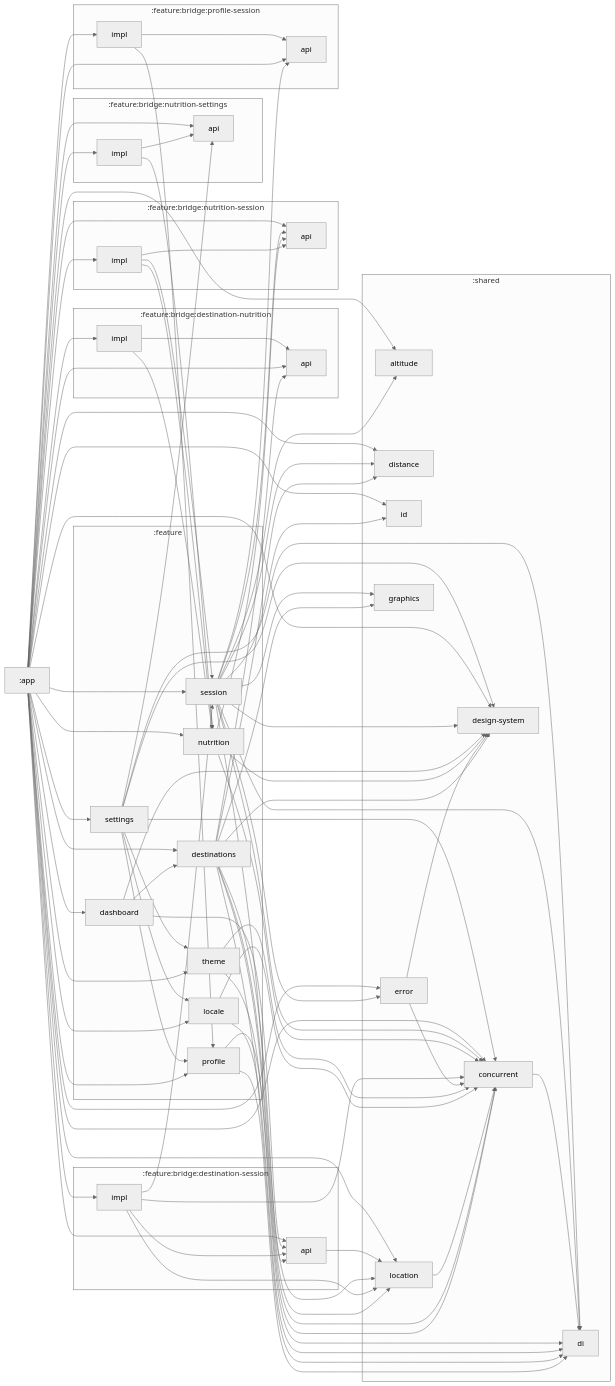
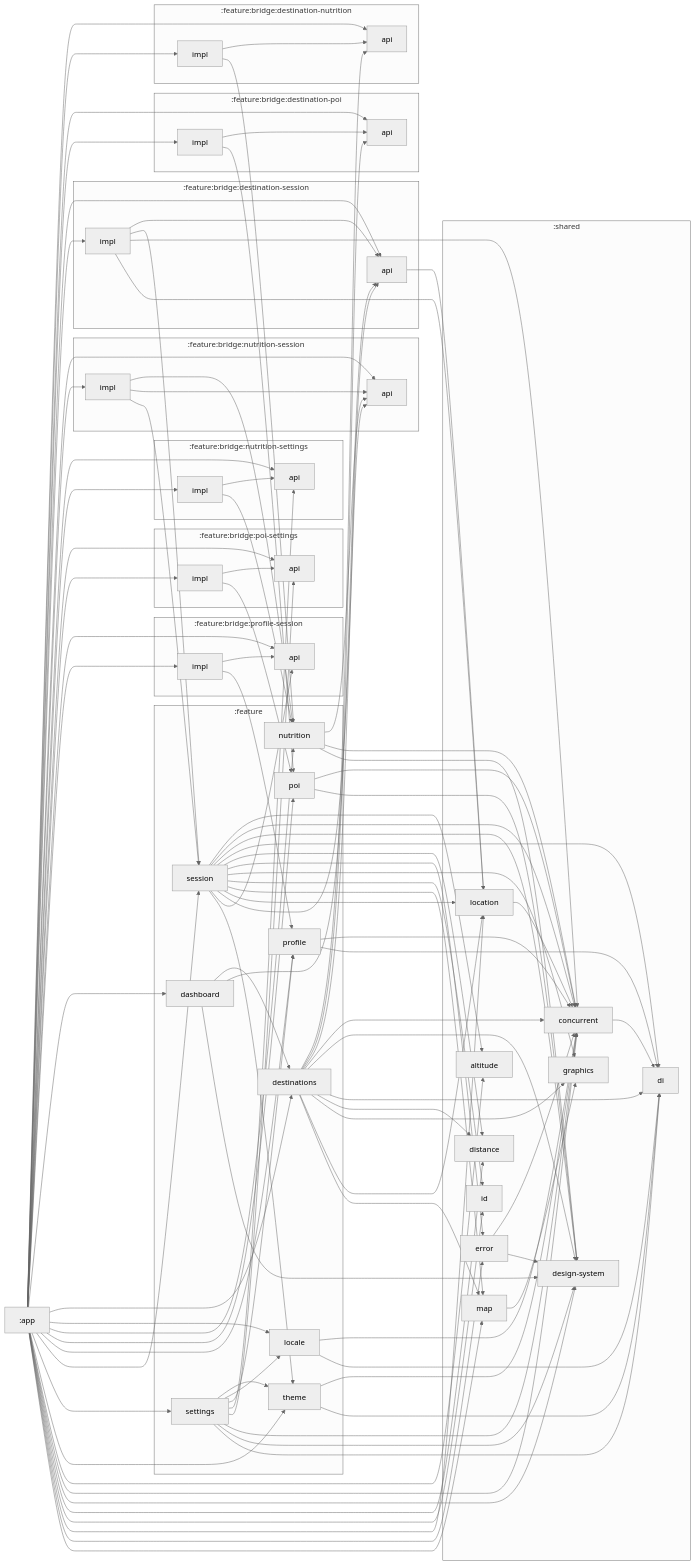
The diagram in docs/MODULE_GRAPH.md (koflox/cycling-assistant), drawn with Mermaid before and after one commit.

Commit message:
docs: update module dependency graph

````diff
--- a/docs/MODULE_GRAPH.md
+++ b/docs/MODULE_GRAPH.md
@@ -11,6 +11,7 @@
   subgraph :feature
     :feature:nutrition["nutrition"]
     :feature:profile["profile"]
+    :feature:poi["poi"]
     :feature:settings["settings"]
     :feature:theme["theme"]
     :feature:locale["locale"]
@@ -21,6 +22,10 @@
   subgraph :feature:bridge:destination-nutrition
     :feature:bridge:destination-nutrition:impl["impl"]
     :feature:bridge:destination-nutrition:api["api"]
+  end
+  subgraph :feature:bridge:destination-poi
+    :feature:bridge:destination-poi:impl["impl"]
+    :feature:bridge:destination-poi:api["api"]
   end
   subgraph :feature:bridge:destination-session
     :feature:bridge:destination-session:api["api"]
@@ -33,6 +38,10 @@
   subgraph :feature:bridge:nutrition-settings
     :feature:bridge:nutrition-settings:api["api"]
     :feature:bridge:nutrition-settings:impl["impl"]
+  end
+  subgraph :feature:bridge:poi-settings
+    :feature:bridge:poi-settings:api["api"]
+    :feature:bridge:poi-settings:impl["impl"]
   end
   subgraph :feature:bridge:profile-session
     :feature:bridge:profile-session:impl["impl"]
@@ -47,33 +56,42 @@
     :shared:id["id"]
     :shared:location["location"]
     :shared:error["error"]
+    :shared:map["map"]
     :shared:graphics["graphics"]
   end
   :feature:bridge:destination-nutrition:impl --> :feature:bridge:destination-nutrition:api
   :feature:bridge:destination-nutrition:impl --> :feature:nutrition
   :feature:bridge:profile-session:impl --> :feature:bridge:profile-session:api
   :feature:bridge:profile-session:impl --> :feature:profile
+  :feature:bridge:destination-poi:impl --> :feature:bridge:destination-poi:api
+  :feature:bridge:destination-poi:impl --> :feature:poi
   :feature:settings --> :feature:theme
   :feature:settings --> :feature:locale
   :feature:settings --> :feature:profile
   :feature:settings --> :feature:bridge:nutrition-settings:api
+  :feature:settings --> :feature:bridge:poi-settings:api
   :feature:settings --> :shared:concurrent
   :feature:settings --> :shared:design-system
   :feature:settings --> :shared:di
   :app --> :feature:bridge:destination-nutrition:api
   :app --> :feature:bridge:destination-nutrition:impl
+  :app --> :feature:bridge:destination-poi:api
+  :app --> :feature:bridge:destination-poi:impl
   :app --> :feature:bridge:destination-session:api
   :app --> :feature:bridge:destination-session:impl
   :app --> :feature:bridge:nutrition-session:api
   :app --> :feature:bridge:nutrition-session:impl
   :app --> :feature:bridge:nutrition-settings:api
   :app --> :feature:bridge:nutrition-settings:impl
+  :app --> :feature:bridge:poi-settings:api
+  :app --> :feature:bridge:poi-settings:impl
   :app --> :feature:bridge:profile-session:api
   :app --> :feature:bridge:profile-session:impl
   :app --> :feature:dashboard
   :app --> :feature:destinations
   :app --> :feature:locale
   :app --> :feature:nutrition
+  :app --> :feature:poi
   :app --> :feature:profile
   :app --> :feature:session
   :app --> :feature:settings
@@ -85,6 +103,7 @@
   :app --> :shared:id
   :app --> :shared:location
   :app --> :shared:error
+  :app --> :shared:map
   :feature:bridge:destination-session:api --> :shared:location
   :feature:session --> :shared:altitude
   :feature:session --> :shared:concurrent
@@ -94,15 +113,18 @@
   :feature:session --> :shared:error
   :feature:session --> :shared:graphics
   :feature:session --> :shared:id
+  :feature:session --> :shared:map
   :feature:session --> :shared:location
   :feature:session --> :feature:bridge:nutrition-session:api
   :feature:session --> :feature:bridge:profile-session:api
+  :feature:session --> :feature:theme
   :feature:dashboard --> :feature:destinations
   :feature:dashboard --> :feature:bridge:destination-session:api
   :feature:dashboard --> :shared:design-system
   :feature:nutrition --> :feature:bridge:nutrition-session:api
   :feature:nutrition --> :shared:concurrent
   :feature:nutrition --> :shared:design-system
+  :shared:map --> :shared:graphics
   :feature:bridge:destination-session:impl --> :feature:bridge:destination-session:api
   :feature:bridge:destination-session:impl --> :feature:session
   :feature:bridge:destination-session:impl --> :shared:concurrent
@@ -119,8 +141,11 @@
   :feature:locale --> :shared:di
   :feature:bridge:nutrition-settings:impl --> :feature:bridge:nutrition-settings:api
   :feature:bridge:nutrition-settings:impl --> :feature:nutrition
+  :feature:bridge:poi-settings:impl --> :feature:bridge:poi-settings:api
+  :feature:bridge:poi-settings:impl --> :feature:poi
   :shared:location --> :shared:concurrent
   :feature:destinations --> :feature:bridge:destination-nutrition:api
+  :feature:destinations --> :feature:bridge:destination-poi:api
   :feature:destinations --> :feature:bridge:destination-session:api
   :feature:destinations --> :shared:concurrent
   :feature:destinations --> :shared:design-system
@@ -128,6 +153,9 @@
   :feature:destinations --> :shared:distance
   :feature:destinations --> :shared:graphics
   :feature:destinations --> :shared:location
+  :feature:destinations --> :shared:map
   :feature:profile --> :shared:concurrent
   :feature:profile --> :shared:di
+  :feature:poi --> :shared:concurrent
+  :feature:poi --> :shared:design-system
 ```
````
